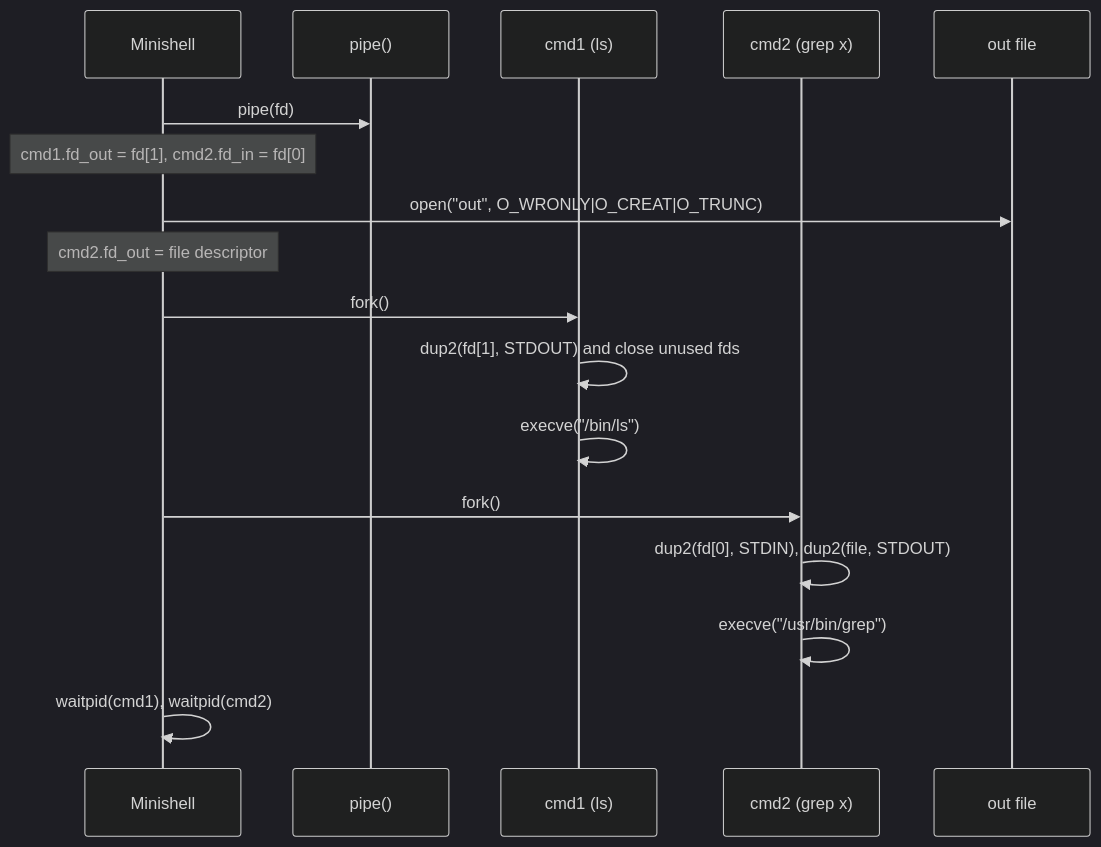
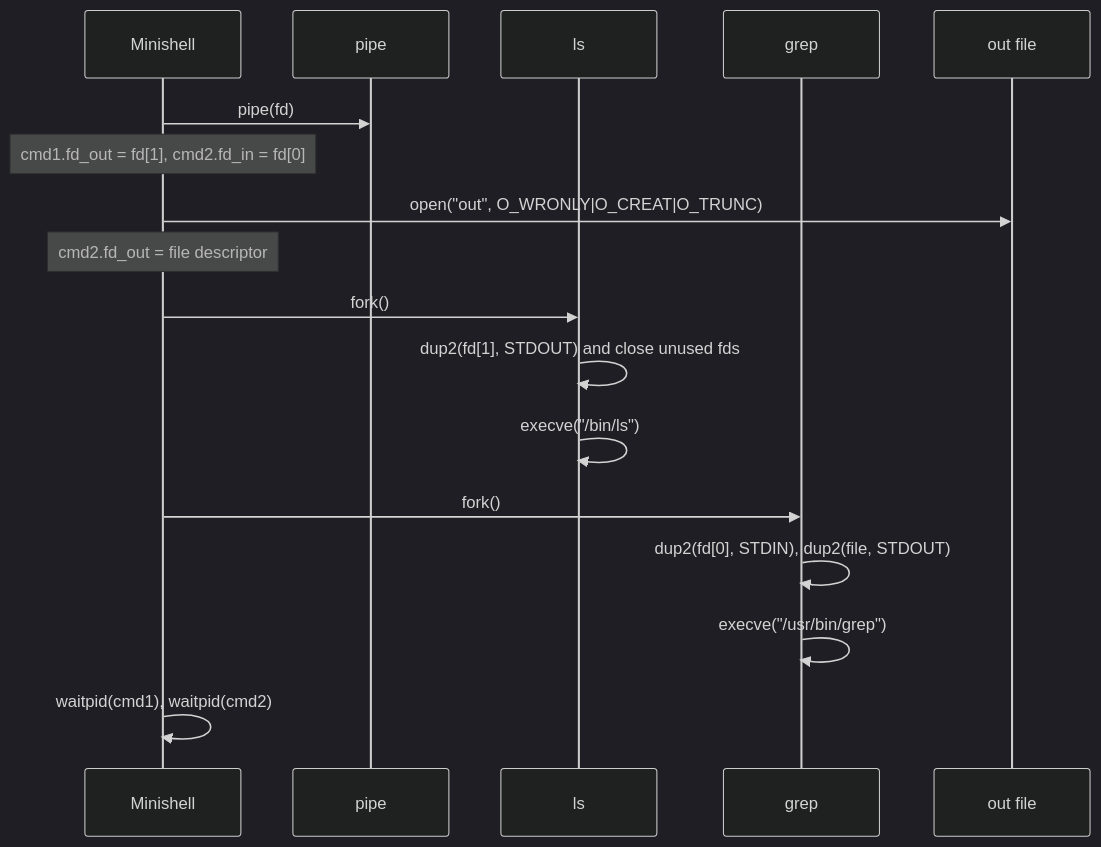
One commit to agalvan-dc/Minishell changed the fourth of 5 diagrams in README.md. Above: the diagram before and after it, drawn with Mermaid (dark theme). The commit also changed other lines of this file and 1 other file, not shown here.

````diff
--- a/README.md
+++ b/README.md
@@ -341,20 +372,20 @@
 ```mermaid
 sequenceDiagram
     participant SH as Minishell
-    participant P as pipe()
-    participant C1 as cmd1 (ls)
-    participant C2 as cmd2 (grep x)
+    participant P as pipe
+    participant C1 as ls
+    participant C2 as grep
     participant F as out file
 
     SH->>P: pipe(fd)
     Note over SH: cmd1.fd_out = fd[1], cmd2.fd_in = fd[0]
     SH->>F: open("out", O_WRONLY|O_CREAT|O_TRUNC)
     Note over SH: cmd2.fd_out = file descriptor
     SH->>C1: fork()
     C1->>C1: dup2(fd[1], STDOUT) and close unused fds
     C1->>C1: execve("/bin/ls")
     SH->>C2: fork()
     C2->>C2: dup2(fd[0], STDIN), dup2(file, STDOUT)
     C2->>C2: execve("/usr/bin/grep")
     SH->>SH: waitpid(cmd1), waitpid(cmd2)
 ```
````
